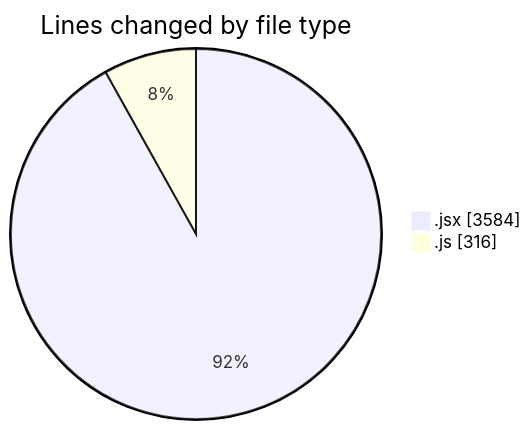
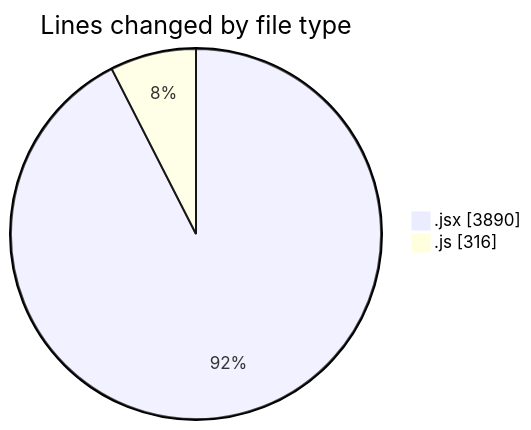
The first of 2 diagrams in 2025-07-13/argos/README.md (nxtqubesakshisongat/code-tracking), drawn with Mermaid before and after one commit. The commit also changed other lines of this file and 1 other file, not shown here.

````diff
--- a/2025-07-13/argos/README.md
+++ b/2025-07-13/argos/README.md
@@ -22,6 +22,6 @@
 ```mermaid
 pie showData
 title Lines changed by file type
-".jsx" : 3584
+".jsx" : 3890
 ".js" : 316
 ```
````
